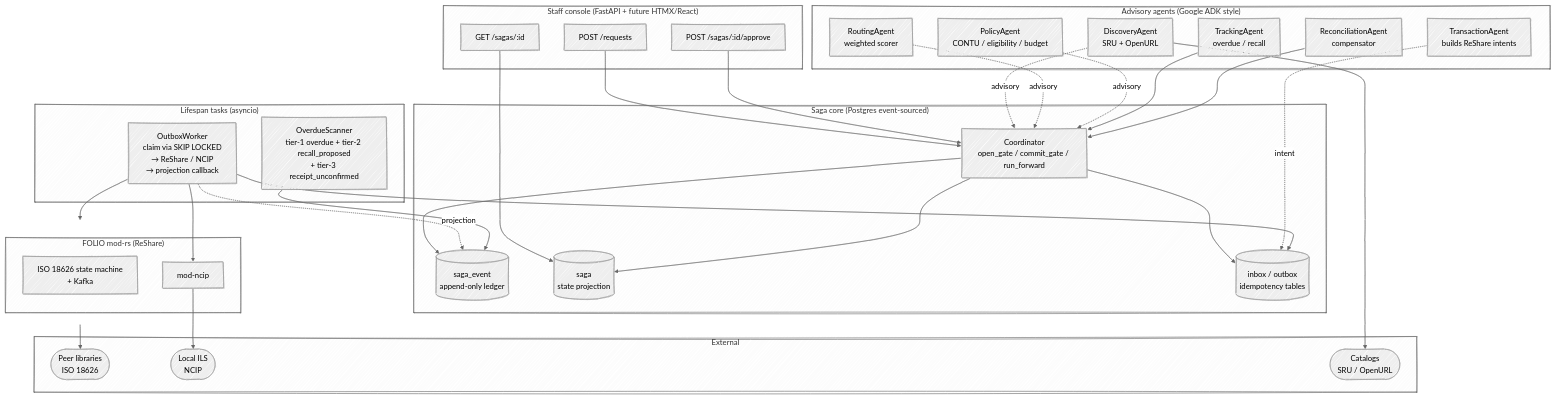
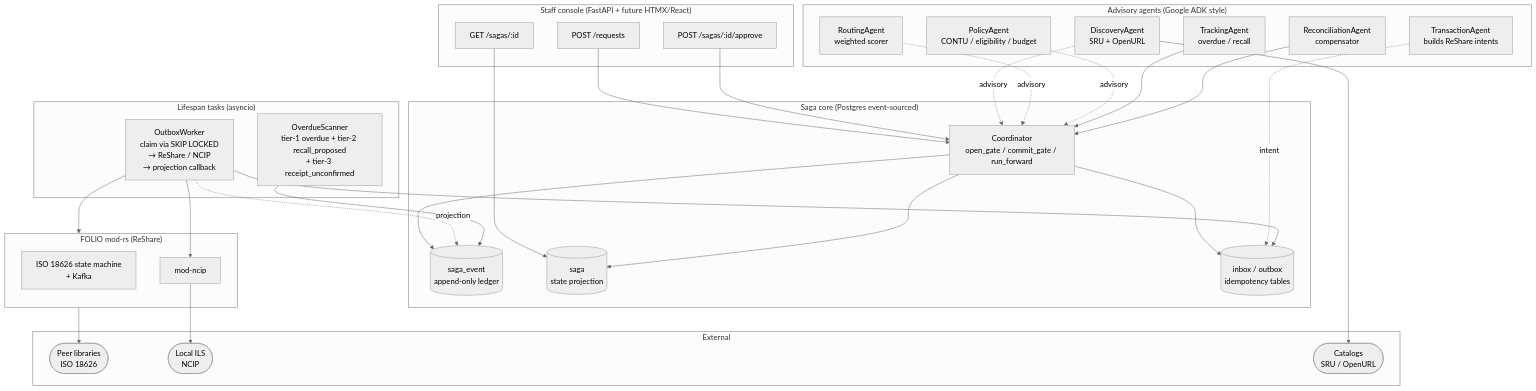
Before and after one commit to gmanch94/agora: the first of 5 diagrams in docs/architecture.md, drawn with Mermaid. The commit also changed other lines of this file, not shown here.

First line of the commit message:
fix(docs): architecture.md mermaid rendering — dark mode + parse + cross-stripes

````diff
--- a/docs/architecture.md
+++ b/docs/architecture.md
@@ -15,72 +24,69 @@
 ```mermaid
 ---
 config:
-  look: handDrawn
   theme: neutral
-  flowchart:
-    htmlLabels: true
 ---
 flowchart TB
     subgraph UI["Staff console (FastAPI + future HTMX/React)"]
         UI_REQ["POST /requests"]
         UI_SAGA["GET /sagas/:id"]
         UI_APPROVE["POST /sagas/:id/approve"]
     end
 
     subgraph AGENTS["Advisory agents (Google ADK style)"]
         DISC["DiscoveryAgent<br/>SRU + OpenURL"]
         ROUTE["RoutingAgent<br/>weighted scorer"]
         POL["PolicyAgent<br/>CONTU / eligibility / budget"]
         TX["TransactionAgent<br/>builds ReShare intents"]
         TRK["TrackingAgent<br/>overdue / recall"]
         REC["ReconciliationAgent<br/>compensator"]
     end
 
     subgraph SAGA["Saga core (Postgres event-sourced)"]
         COORD["Coordinator<br/>open_gate / commit_gate / run_forward"]
         LEDGER[("saga_event<br/>append-only ledger")]
         SAGAS[("saga<br/>state projection")]
         IDEM[("inbox / outbox<br/>idempotency tables")]
     end
 
     subgraph WORKERS["Lifespan tasks (asyncio)"]
         OUTW["OutboxWorker<br/>claim via SKIP LOCKED<br/>→ ReShare / NCIP<br/>→ projection callback"]
         SCAN["OverdueScanner<br/>tier-1 overdue + tier-2 recall_proposed<br/>+ tier-3 receipt_unconfirmed"]
     end
 
     subgraph RESHARE["FOLIO mod-rs (ReShare)"]
         MODRS["ISO 18626 state machine<br/>+ Kafka"]
         MODNCIP["mod-ncip"]
     end
 
     subgraph EXT["External"]
         PEERS(["Peer libraries<br/>ISO 18626"])
         ILS(["Local ILS<br/>NCIP"])
         CAT(["Catalogs<br/>SRU / OpenURL"])
     end
 
     UI_REQ --> COORD
     UI_APPROVE --> COORD
     UI_SAGA --> SAGAS
 
     COORD --> LEDGER
     COORD --> SAGAS
     COORD --> IDEM
 
     DISC -.advisory.-> COORD
     ROUTE -.advisory.-> COORD
     POL  -.advisory.-> COORD
     TX   -.intent.-> IDEM
     TRK  --> COORD
     REC  --> COORD
 
     OUTW --> IDEM
     OUTW --> RESHARE
     OUTW --> MODNCIP
     OUTW -.projection.-> LEDGER
     SCAN --> LEDGER
 
     DISC --> CAT
     RESHARE --> PEERS
     MODNCIP --> ILS
 ```
````
